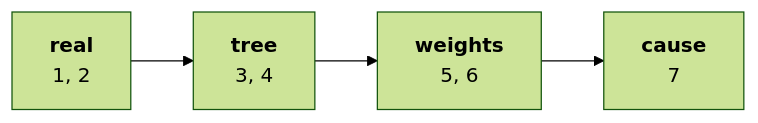
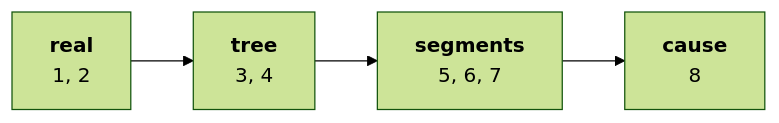
The tenth of 11 diagrams in content/W01/D2/slides/C2_W01_D02_half2_STUDENT.md (fde-academy-lab/c2-content-factory), drawn with Mermaid (forest theme) before and after one commit. The commit also changed other lines of this file and 11 other files, not shown here.

````diff
--- a/content/W01/D2/slides/C2_W01_D02_half2_STUDENT.md
+++ b/content/W01/D2/slides/C2_W01_D02_half2_STUDENT.md
@@ -559,4 +524,4 @@
 ```mermaid
 flowchart LR
-    A["<b>real</b><br/>1, 2"] --> B["<b>tree</b><br/>3, 4"] --> C["<b>weights</b><br/>5, 6"] --> D["<b>cause</b><br/>7"]
+    A["<b>real</b><br/>1, 2"] --> B["<b>tree</b><br/>3, 4"] --> C["<b>segments</b><br/>5, 6, 7"] --> D["<b>cause</b><br/>8"]
 ```
````
